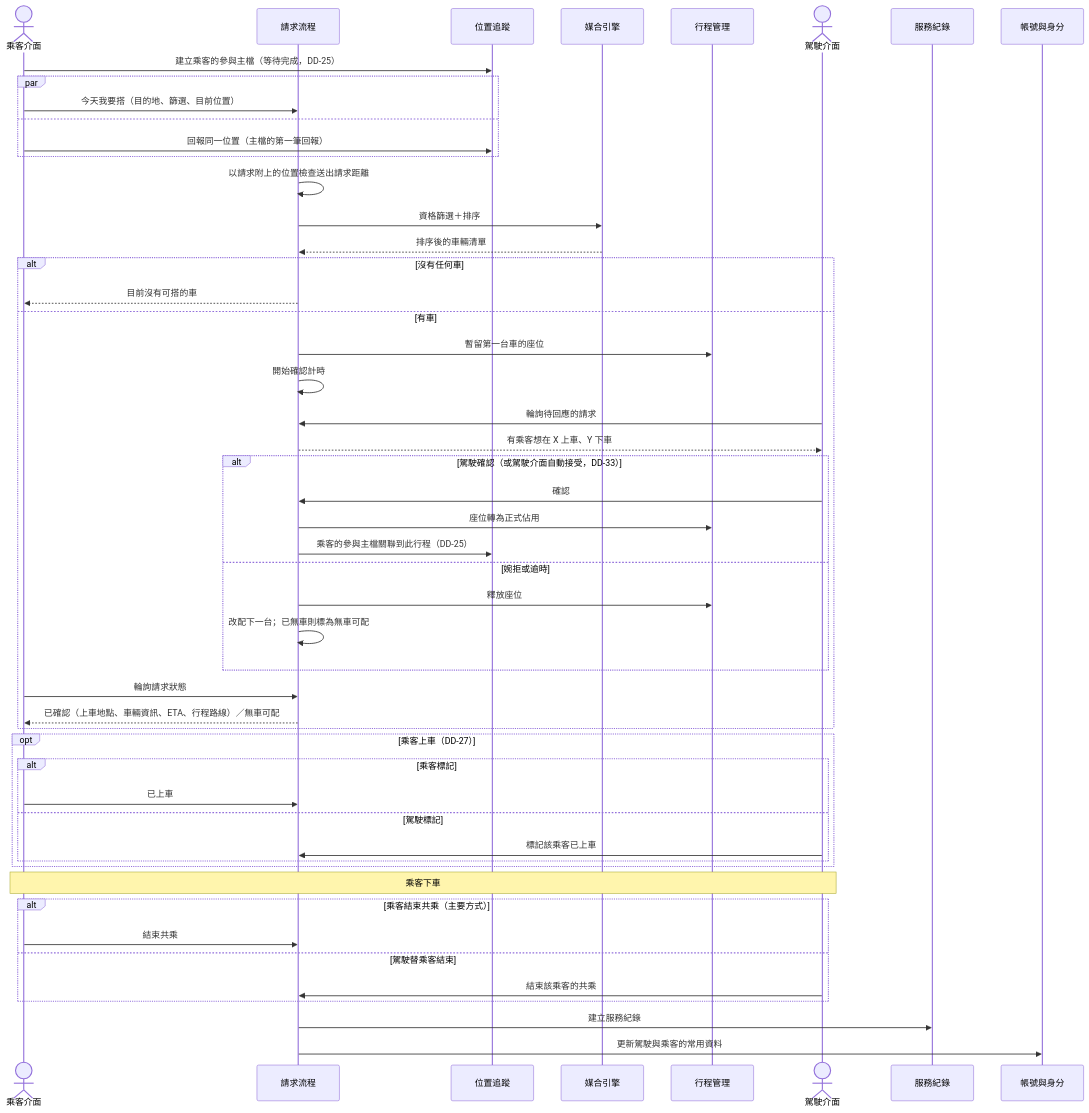
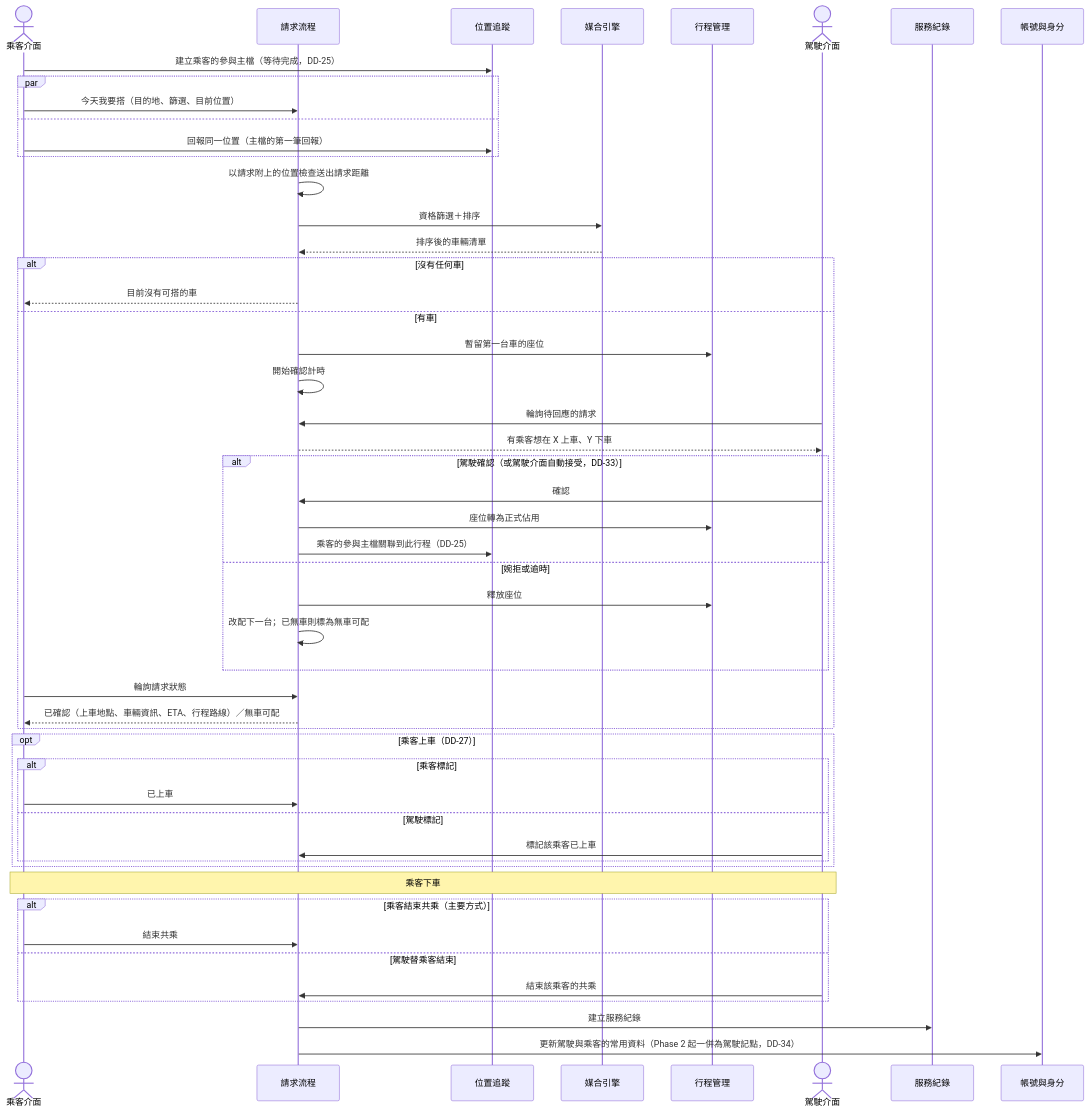
One commit to sohoffice/debugthon-carpool changed diagram 15 of 15 in docs/design.md. Above: the diagram before and after it, drawn with Mermaid. The commit also changed other lines of this file and 1 other file, not shown here.

First line of the commit message:
Phase 2: driver points, driver info, traffic and weather, supply-demand history, city dashboard

````diff
--- a/docs/design.md
+++ b/docs/design.md
@@ -1223,54 +1424,54 @@
 ```mermaid
 sequenceDiagram
     actor P as 乘客介面
     participant RQ as 請求流程
     participant TRK as 位置追蹤
     participant MAT as 媒合引擎
     participant TRIP as 行程管理
     actor D as 駕駛介面
     participant REC as 服務紀錄
     participant ACC as 帳號與身分
 
     P->>TRK: 建立乘客的參與主檔（等待完成，DD-25）
     par
         P->>RQ: 今天我要搭（目的地、篩選、目前位置）
     and
         P->>TRK: 回報同一位置（主檔的第一筆回報）
     end
     RQ->>RQ: 以請求附上的位置檢查送出請求距離
     RQ->>MAT: 資格篩選＋排序
     MAT-->>RQ: 排序後的車輛清單
     alt 沒有任何車
         RQ-->>P: 目前沒有可搭的車
     else 有車
         RQ->>TRIP: 暫留第一台車的座位
         RQ->>RQ: 開始確認計時
         D->>RQ: 輪詢待回應的請求
         RQ-->>D: 有乘客想在 X 上車、Y 下車
         alt 駕駛確認（或駕駛介面自動接受，DD-33）
             D->>RQ: 確認
             RQ->>TRIP: 座位轉為正式佔用
             RQ->>TRK: 乘客的參與主檔關聯到此行程（DD-25）
         else 婉拒或逾時
             RQ->>TRIP: 釋放座位
             RQ->>RQ: 改配下一台；已無車則標為無車可配
         end
         P->>RQ: 輪詢請求狀態
         RQ-->>P: 已確認（上車地點、車輛資訊、ETA、行程路線）／無車可配
     end
     opt 乘客上車（DD-27）
         alt 乘客標記
             P->>RQ: 已上車
         else 駕駛標記
             D->>RQ: 標記該乘客已上車
         end
     end
     Note over P,D: 乘客下車
     alt 乘客結束共乘（主要方式）
         P->>RQ: 結束共乘
     else 駕駛替乘客結束
         D->>RQ: 結束該乘客的共乘
     end
     RQ->>REC: 建立服務紀錄
-    RQ->>ACC: 更新駕駛與乘客的常用資料
+    RQ->>ACC: 更新駕駛與乘客的常用資料（Phase 2 起一併為駕駛記點，DD-34）
 ```
````
